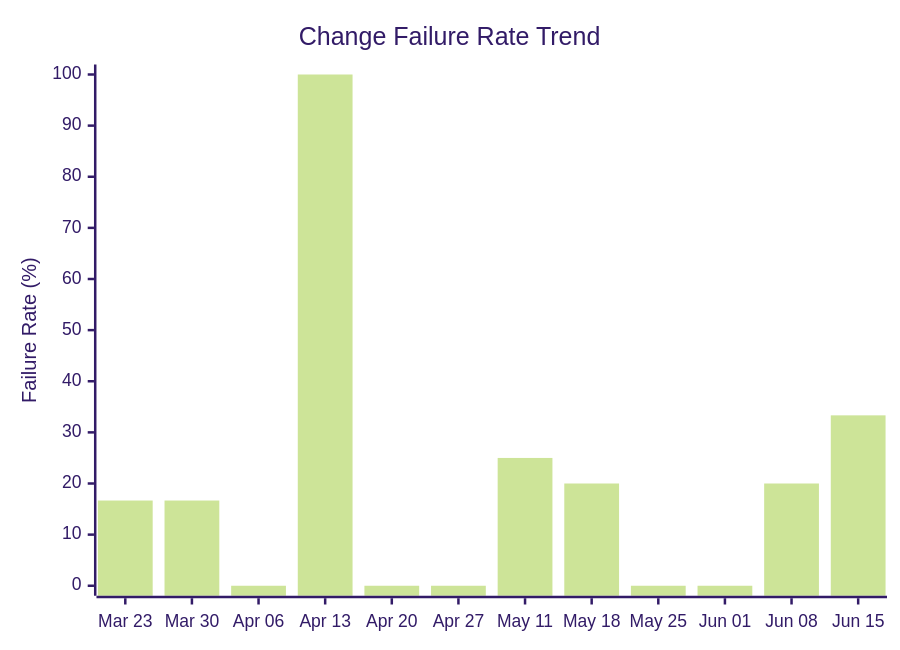
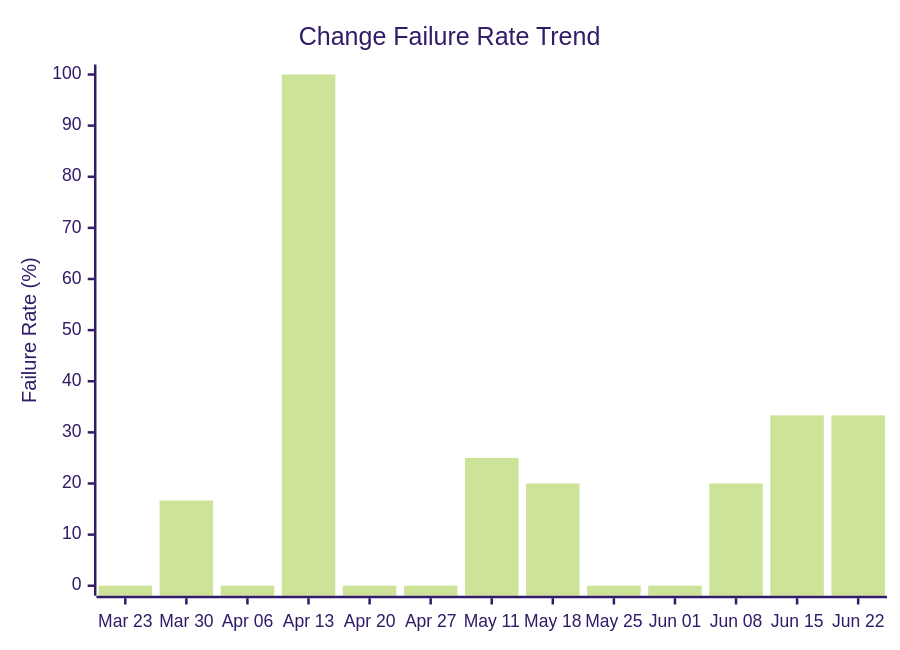
One commit to ukma-cs-ssdm-2025/rate-ukma changed the fourth of 4 diagrams in docs/ci-cd/dora-summary.md. Above: the diagram before and after it, drawn with Mermaid (forest theme). The commit also changed other lines of this file, not shown here.

````diff
--- a/docs/ci-cd/dora-summary.md
+++ b/docs/ci-cd/dora-summary.md
@@ -70,7 +71,7 @@
 ```mermaid
 xychart-beta
     title "Change Failure Rate Trend"
-    x-axis ["Mar 23", "Mar 30", "Apr 06", "Apr 13", "Apr 20", "Apr 27", "May 11", "May 18", "May 25", "Jun 01", "Jun 08", "Jun 15"]
+    x-axis ["Mar 23", "Mar 30", "Apr 06", "Apr 13", "Apr 20", "Apr 27", "May 11", "May 18", "May 25", "Jun 01", "Jun 08", "Jun 15", "Jun 22"]
     y-axis "Failure Rate (%)" 0 --> 100
-    bar [16.67, 16.67, 0.00, 100.00, 0.00, 0.00, 25.00, 20.00, 0.00, 0.00, 20.00, 33.33]
+    bar [0.00, 16.67, 0.00, 100.00, 0.00, 0.00, 25.00, 20.00, 0.00, 0.00, 20.00, 33.33, 33.33]
 ```
````
